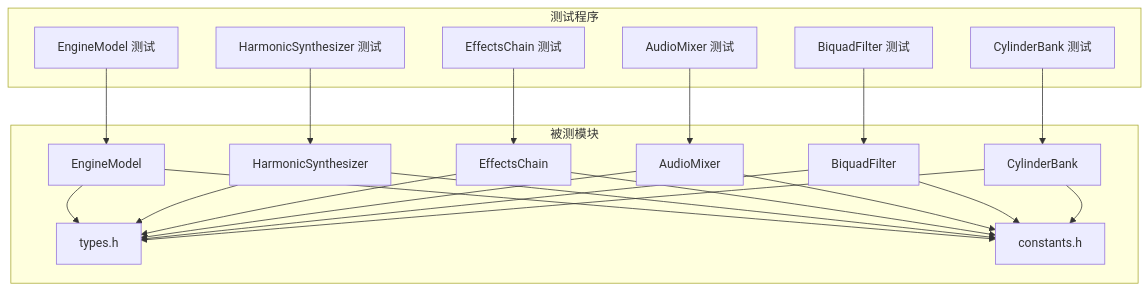
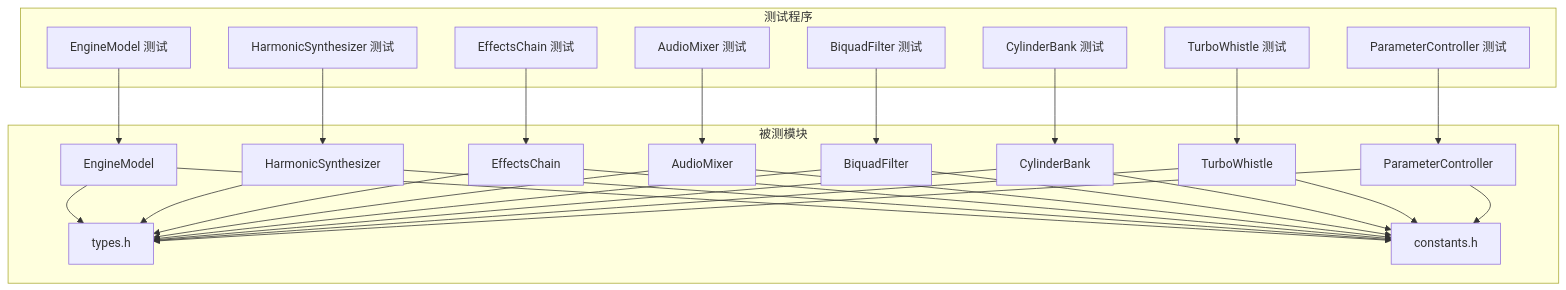
The second of 9 diagrams in .qoder/repowiki/zh/content/测试和质量保证/测试和质量保证.md (bangbangde/racing-sound-engine), drawn with Mermaid before and after one commit. The commit also changed other lines of this file and 88 other files, not shown here.

````diff
--- a/.qoder/repowiki/zh/content/测试和质量保证/测试和质量保证.md
+++ b/.qoder/repowiki/zh/content/测试和质量保证/测试和质量保证.md
@@ -134,39 +160,49 @@
 ```mermaid
 graph TB
 subgraph "测试程序"
 TE["EngineModel 测试"]
 TH["HarmonicSynthesizer 测试"]
 TC["EffectsChain 测试"]
 TB["BiquadFilter 测试"]
 TA["AudioMixer 测试"]
 TCB["CylinderBank 测试"]
+TTW["TurboWhistle 测试"]
+TPC["ParameterController 测试"]
 end
 subgraph "被测模块"
 E["EngineModel"]
 H["HarmonicSynthesizer"]
 C["EffectsChain"]
 F["BiquadFilter"]
 M["AudioMixer"]
 B["CylinderBank"]
+TW["TurboWhistle"]
+PC["ParameterController"]
 T["types.h"]
 K["constants.h"]
 end
 TE --> E
 TH --> H
 TC --> C
 TB --> F
 TA --> M
 TCB --> B
+TTW --> TW
+TPC --> PC
 E --> T
 H --> T
 C --> T
 M --> T
 F --> T
 B --> T
+TW --> T
+PC --> T
 E --> K
 H --> K
 C --> K
 M --> K
 F --> K
 B --> K
+TW --> K
+PC --> K
 ```
````
